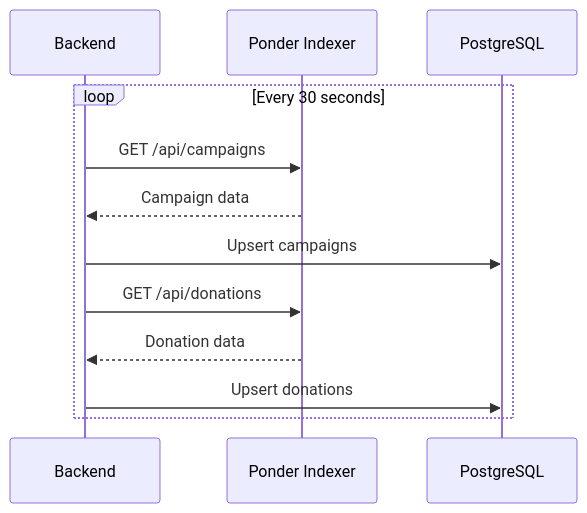
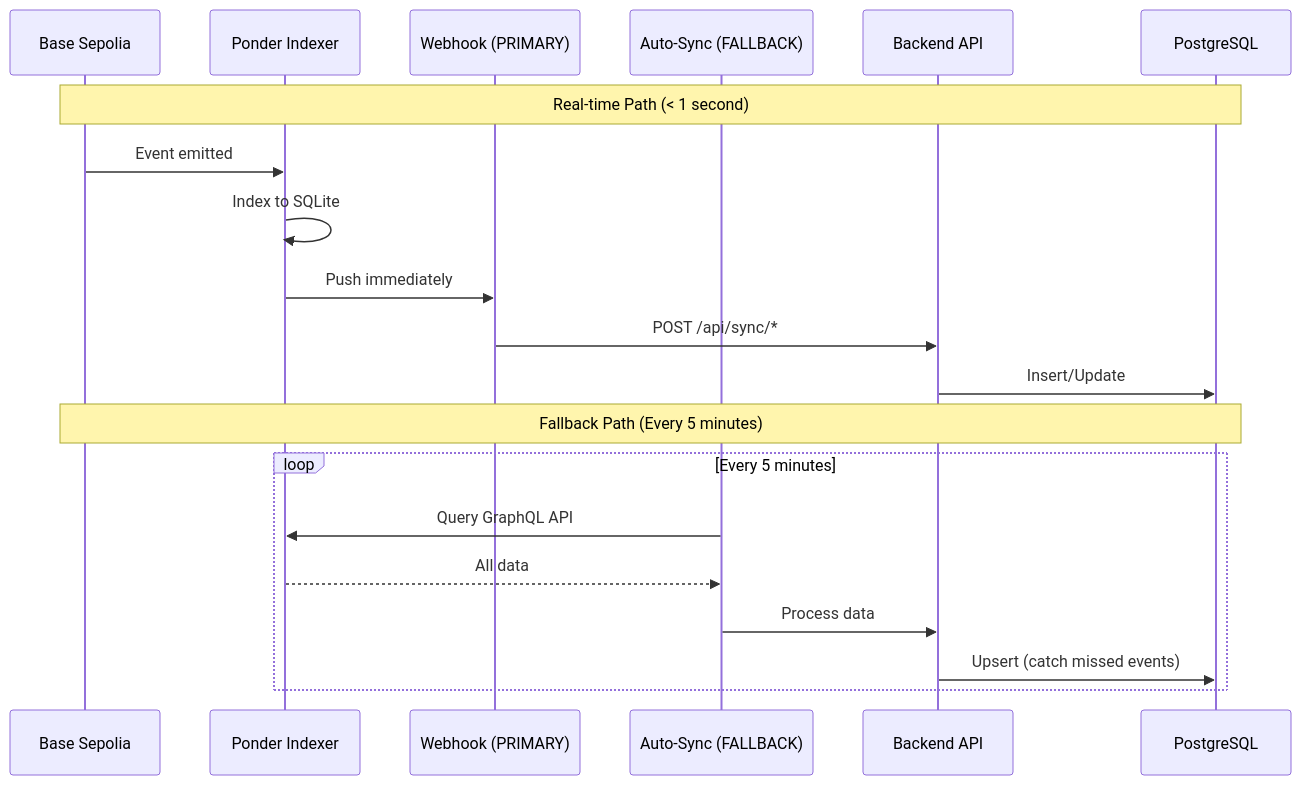
Before and after one commit to CrowdFUNding-Base/SC: the third of 3 diagrams in pitching/how-to-run/indexer-guide.md, drawn with Mermaid. The commit also changed other lines of this file and 10 other files, not shown here.

````diff
--- a/pitching/how-to-run/indexer-guide.md
+++ b/pitching/how-to-run/indexer-guide.md
@@ -504,16 +597,24 @@
 ```mermaid
 sequenceDiagram
-    participant Backend
+    participant Blockchain as Base Sepolia
     participant Ponder as Ponder Indexer
-    participant Cache as PostgreSQL
+    participant Webhook as Webhook (PRIMARY)
+    participant AutoSync as Auto-Sync (FALLBACK)
+    participant Backend as Backend API
+    participant DB as PostgreSQL
 
-    loop Every 30 seconds
-        Backend->>Ponder: GET /api/campaigns
-        Ponder-->>Backend: Campaign data
-        Backend->>Cache: Upsert campaigns
-        
-        Backend->>Ponder: GET /api/donations
-        Ponder-->>Backend: Donation data
-        Backend->>Cache: Upsert donations
+    Note over Blockchain,DB: Real-time Path (< 1 second)
+    Blockchain->>Ponder: Event emitted
+    Ponder->>Ponder: Index to SQLite
+    Ponder->>Webhook: Push immediately
+    Webhook->>Backend: POST /api/sync/*
+    Backend->>DB: Insert/Update
+
+    Note over Blockchain,DB: Fallback Path (Every 5 minutes)
+    loop Every 5 minutes
+        AutoSync->>Ponder: Query GraphQL API
+        Ponder-->>AutoSync: All data
+        AutoSync->>Backend: Process data
+        Backend->>DB: Upsert (catch missed events)
     end
 ```
````
